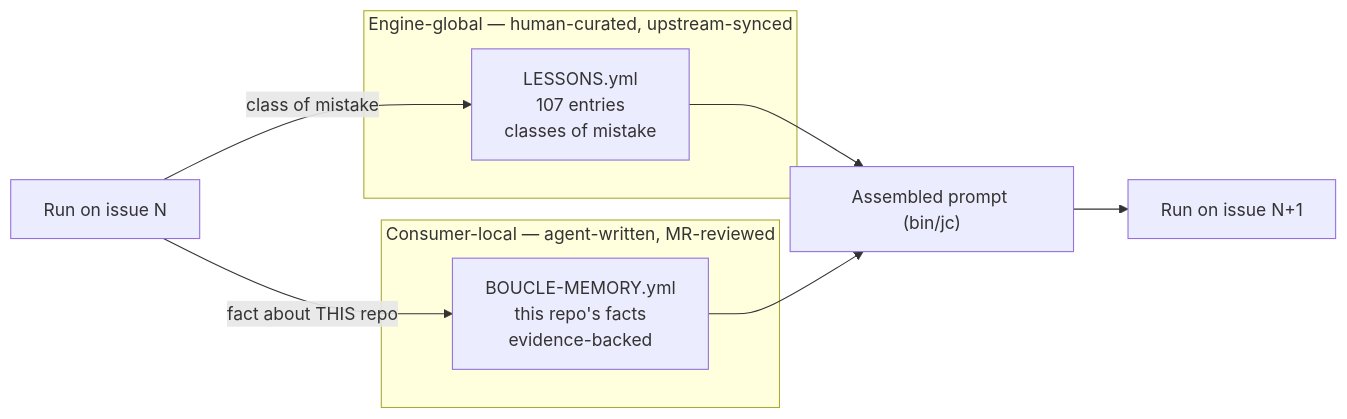
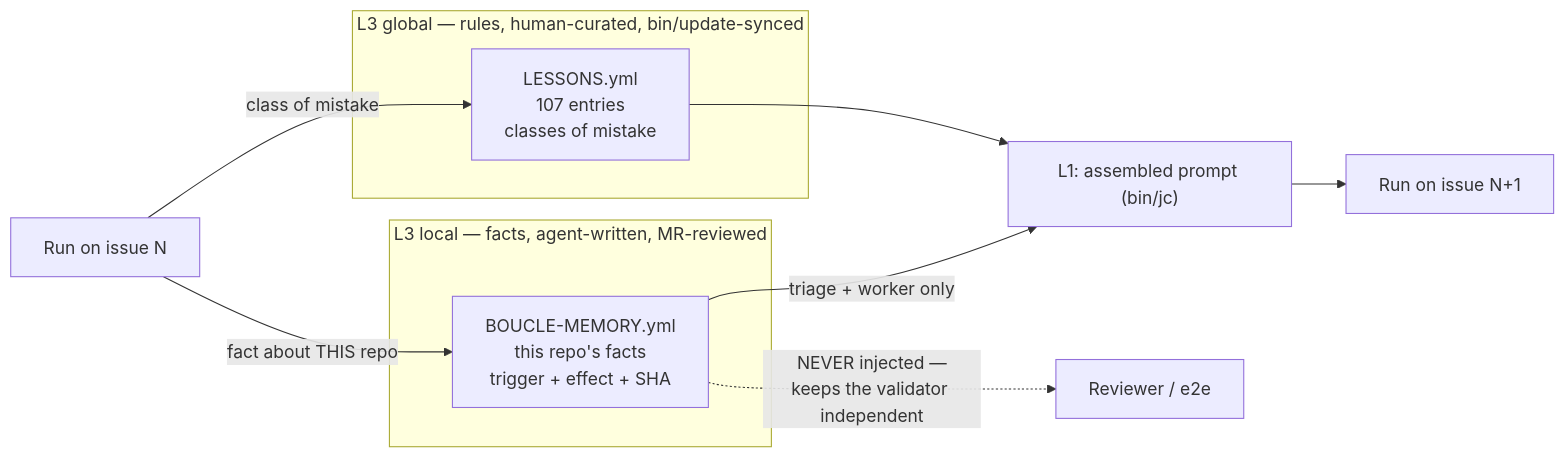
The diagram in docs/prime-agent-study.md (ankaboot-source/boucle), drawn with Mermaid before and after one commit. The commit also changed other lines of this file, not shown here.

First line of the commit message:
docs: rewrite the Prime Agent study against the full paper text

````diff
--- a/docs/prime-agent-study.md
+++ b/docs/prime-agent-study.md
@@ -103,14 +194,15 @@
 ```mermaid
 flowchart LR
-    subgraph Global["Engine-global — human-curated, upstream-synced"]
+    subgraph L3G["L3 global — rules, human-curated, bin/update-synced"]
         L["LESSONS.yml<br/>107 entries<br/>classes of mistake"]
     end
-    subgraph Local["Consumer-local — agent-written, MR-reviewed"]
-        M["BOUCLE-MEMORY.yml<br/>this repo's facts<br/>evidence-backed"]
+    subgraph L3L["L3 local — facts, agent-written, MR-reviewed"]
+        M["BOUCLE-MEMORY.yml<br/>this repo's facts<br/>trigger + effect + SHA"]
     end
     R["Run on issue N"] -->|"class of mistake"| L
     R -->|"fact about THIS repo"| M
-    L --> P["Assembled prompt (bin/jc)"]
-    M --> P
+    L --> P["L1: assembled prompt (bin/jc)"]
+    M -->|"triage + worker only"| P
+    M -.->|"NEVER injected —<br/>keeps the validator independent"| RV["Reviewer / e2e"]
     P --> R2["Run on issue N+1"]
 ```
````
